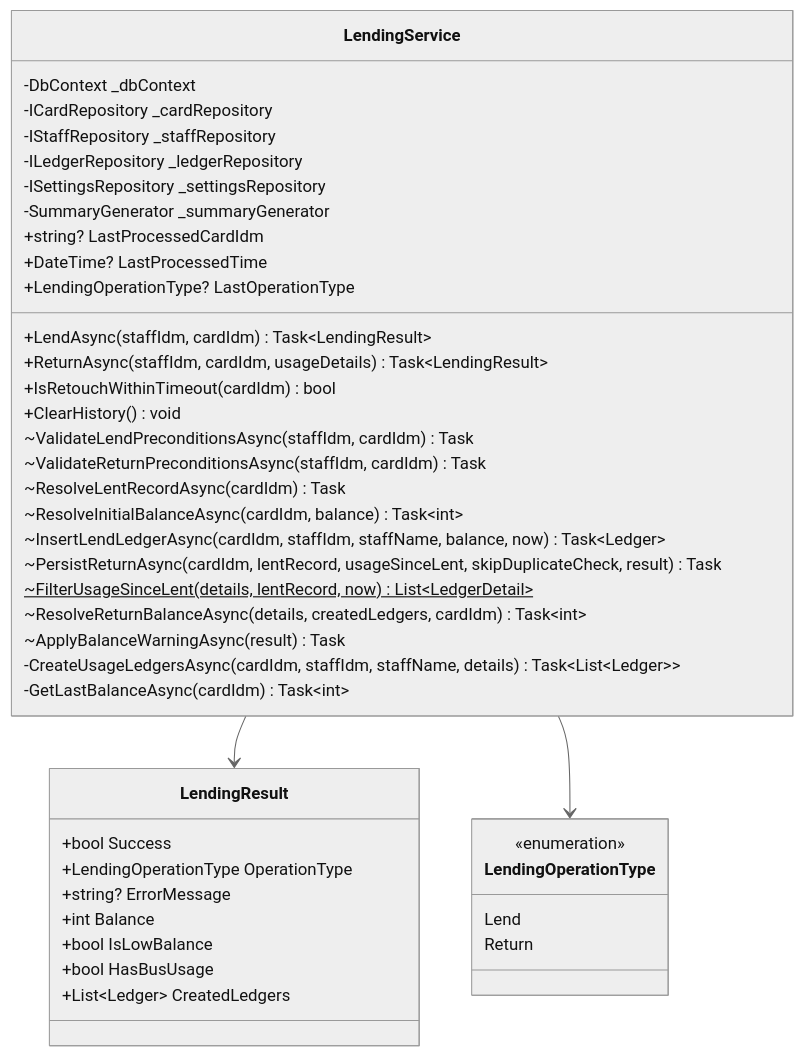
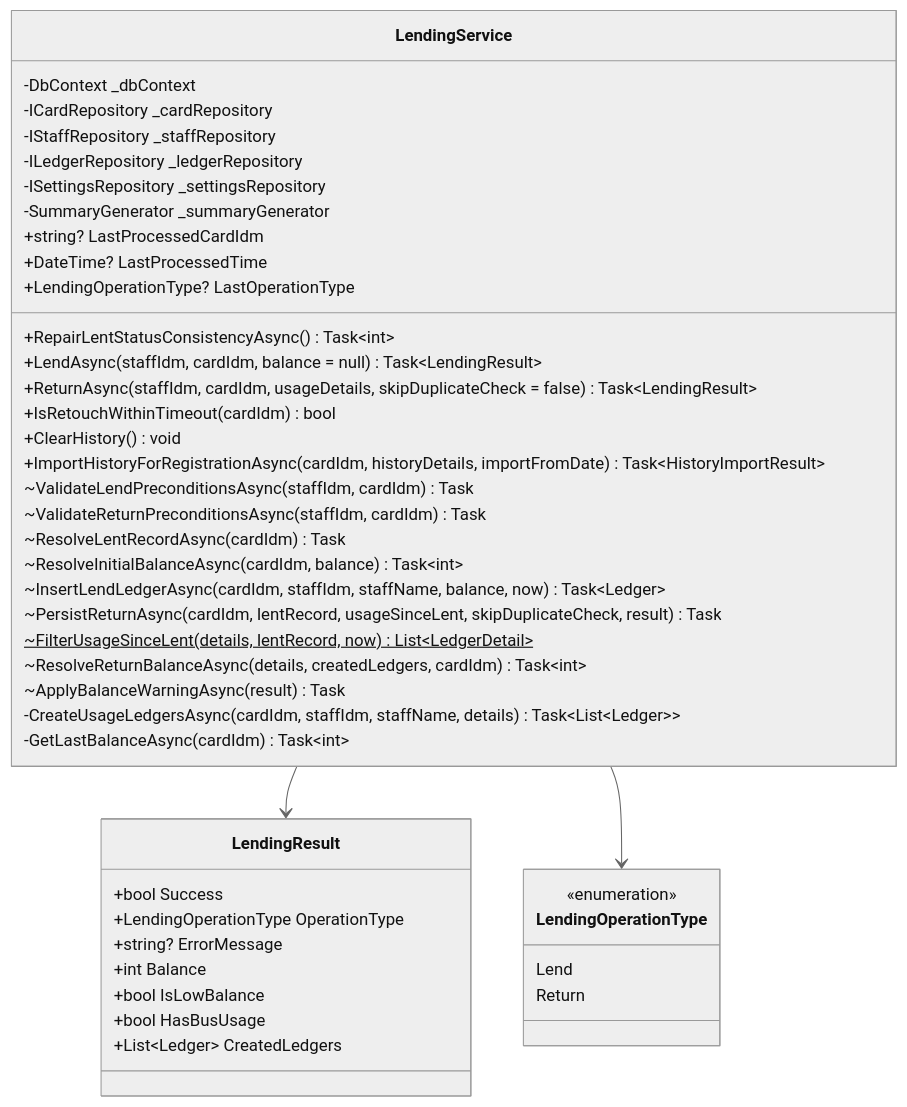
The fourth of 44 diagrams in ICCardManager/docs/design/05_クラス設計書.md (kuwayamamasayuki/ICCardManager), drawn with Mermaid (neutral theme) before and after one commit. The commit also changed other lines of this file and 6 other files, not shown here.

````diff
--- a/ICCardManager/docs/design/05_クラス設計書.md
+++ b/ICCardManager/docs/design/05_クラス設計書.md
@@ -368,48 +368,50 @@
 ```mermaid
 classDiagram
     class LendingService {
         -DbContext _dbContext
         -ICardRepository _cardRepository
         -IStaffRepository _staffRepository
         -ILedgerRepository _ledgerRepository
         -ISettingsRepository _settingsRepository
         -SummaryGenerator _summaryGenerator
         +string? LastProcessedCardIdm
         +DateTime? LastProcessedTime
         +LendingOperationType? LastOperationType
-        +LendAsync(staffIdm, cardIdm) Task~LendingResult~
-        +ReturnAsync(staffIdm, cardIdm, usageDetails) Task~LendingResult~
+        +RepairLentStatusConsistencyAsync() Task~int~
+        +LendAsync(staffIdm, cardIdm, balance = null) Task~LendingResult~
+        +ReturnAsync(staffIdm, cardIdm, usageDetails, skipDuplicateCheck = false) Task~LendingResult~
         +IsRetouchWithinTimeout(cardIdm) bool
         +ClearHistory() void
+        +ImportHistoryForRegistrationAsync(cardIdm, historyDetails, importFromDate) Task~HistoryImportResult~
         ~ValidateLendPreconditionsAsync(staffIdm, cardIdm) Task
         ~ValidateReturnPreconditionsAsync(staffIdm, cardIdm) Task
         ~ResolveLentRecordAsync(cardIdm) Task
         ~ResolveInitialBalanceAsync(cardIdm, balance) Task~int~
         ~InsertLendLedgerAsync(cardIdm, staffIdm, staffName, balance, now) Task~Ledger~
         ~PersistReturnAsync(cardIdm, lentRecord, usageSinceLent, skipDuplicateCheck, result) Task
         ~FilterUsageSinceLent(details, lentRecord, now)$ List~LedgerDetail~
         ~ResolveReturnBalanceAsync(details, createdLedgers, cardIdm) Task~int~
         ~ApplyBalanceWarningAsync(result) Task
         -CreateUsageLedgersAsync(cardIdm, staffIdm, staffName, details) Task~List~Ledger~~
         -GetLastBalanceAsync(cardIdm) Task~int~
     }
 
     class LendingResult {
         +bool Success
         +LendingOperationType OperationType
         +string? ErrorMessage
         +int Balance
         +bool IsLowBalance
         +bool HasBusUsage
         +List~Ledger~ CreatedLedgers
     }
 
     class LendingOperationType {
         <<enumeration>>
         Lend
         Return
     }
 
     LendingService --> LendingResult
     LendingService --> LendingOperationType
 ```
````
